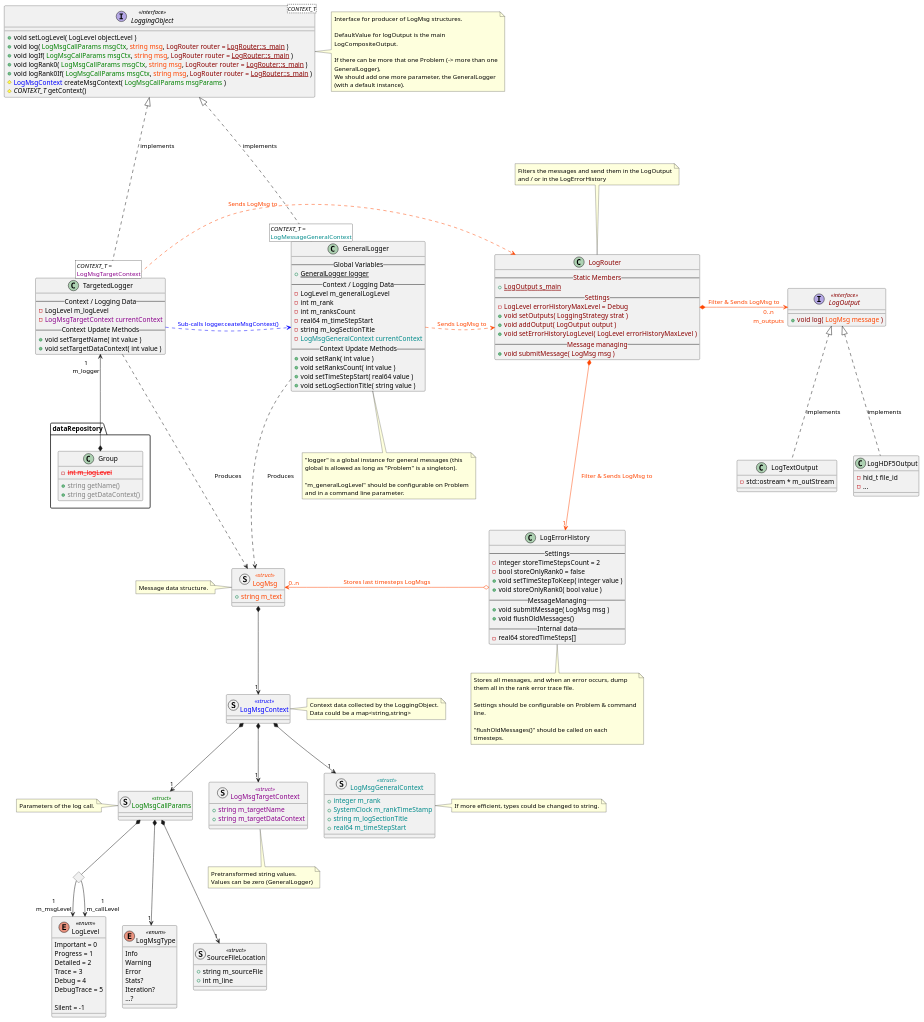
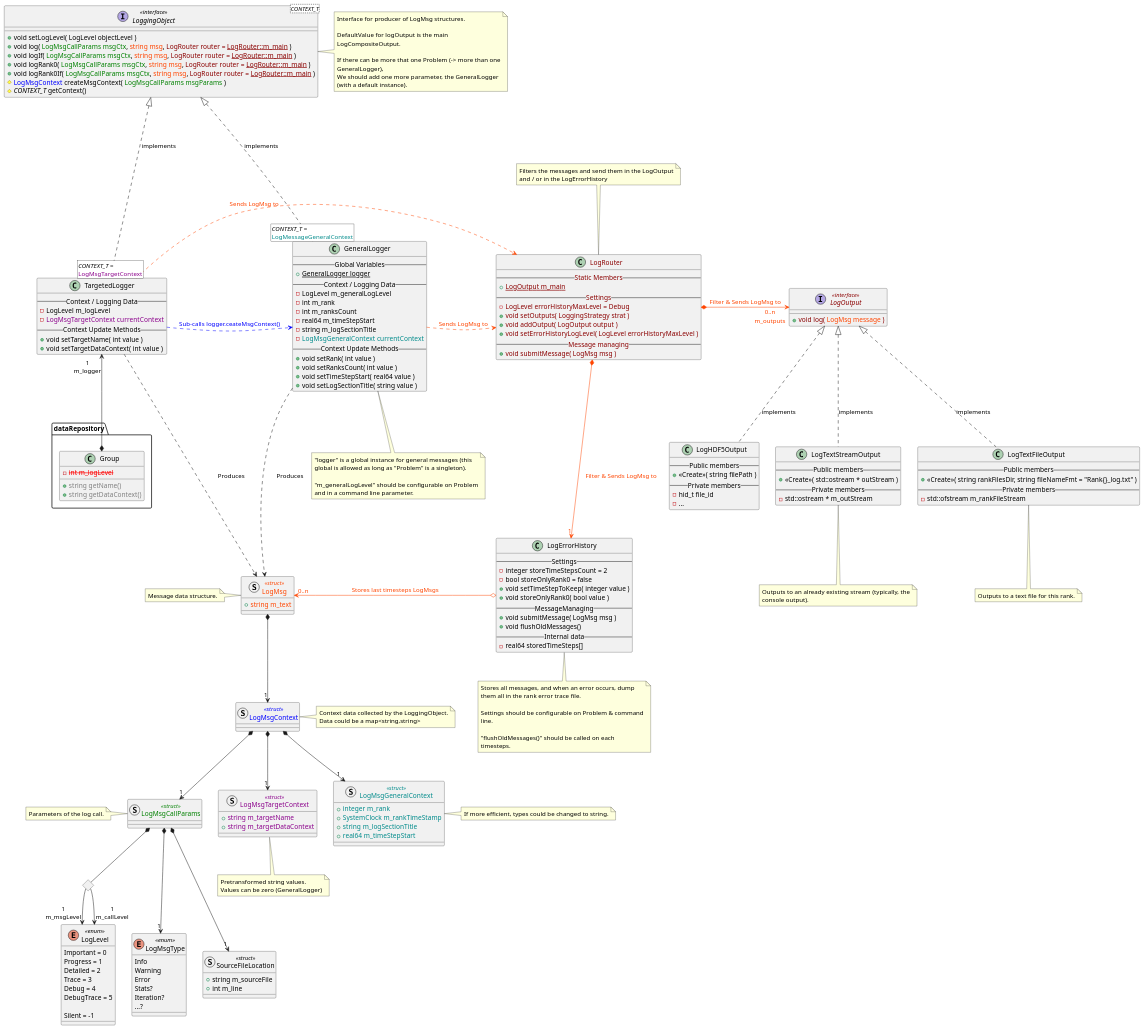
One commit to GEOS-DEV/GEOS changed the diagram in src/coreComponents/common/Logger_templatedLoggingObject.plantuml. Above: the diagram before and after it, drawn with PlantUML.

Commit message:
architecture adjustments

```diff
--- a/src/coreComponents/common/Logger_templatedLoggingObject.plantuml
+++ b/src/coreComponents/common/Logger_templatedLoggingObject.plantuml
@@ -92,16 +92,32 @@
   + void log( <color:OrangeRed>LogMsg message</color> )
 }
 
+class LogTextStreamOutput {
+  -- Public members --
+  + <<Create>>( std::ostream * outStream )
+  -- Private members --
+  - std::ostream * m_outStream
+}
+LogOutput <|.d. LogTextStreamOutput  : implements
+note bottom: Outputs to an already existing stream (typically, the console output).
+
+class LogTextFileOutput {
+  -- Public members --
+  + <<Create>>( string rankFilesDir, string fileNameFmt = "Rank{}_log.txt" )
+  -- Private members --
+  - std::ofstream m_rankFileStream
+}
+LogOutput <|.d. LogTextFileOutput  : implements
+note bottom: Outputs to a text file for this rank.
+
 class LogHDF5Output {
+  -- Public members --
+  + <<Create>>( string filePath )
+  -- Private members --
   - hid_t file_id
   - ...
 }
 LogOutput <|.d. LogHDF5Output  : implements
-
-class LogTextOutput {
-  - std::ostream * m_outStream
-}
-LogOutput <|.d. LogTextOutput  : implements
 
 
 class LogErrorHistory {
@@ -129,7 +145,7 @@
 
 class LogRouter #text:DarkRed {
   -- Static Members --
-  + {static} LogOutput s_main
+  + {static} LogOutput m_main
   -- Settings --
   - LogLevel errorHistoryMaxLevel = Debug
   + void setOutputs( LoggingStrategy strat )
@@ -150,10 +166,10 @@
 
 interface LoggingObject<CONTEXT_T> <<interface>> {
   + void setLogLevel( LogLevel objectLevel )
-  + void log( <color:Green>LogMsgCallParams msgCtx</color>, <color:OrangeRed>string msg</color>, <color:DarkRed>LogRouter router = <u>LogRouter::s_main</u></color> )
-  + void logIf( <color:Green>LogMsgCallParams msgCtx</color>, <color:OrangeRed>string msg</color>, <color:DarkRed>LogRouter router = <u>LogRouter::s_main</u></color> )
-  + void logRank0( <color:Green>LogMsgCallParams msgCtx</color>, <color:OrangeRed>string msg</color>, <color:DarkRed>LogRouter router = <u>LogRouter::s_main</u></color> )
-  + void logRank0If( <color:Green>LogMsgCallParams msgCtx</color>, <color:OrangeRed>string msg</color>, <color:DarkRed>LogRouter router = <u>LogRouter::s_main</u></color> )
+  + void log( <color:Green>LogMsgCallParams msgCtx</color>, <color:OrangeRed>string msg</color>, <color:DarkRed>LogRouter router = <u>LogRouter::m_main</u></color> )
+  + void logIf( <color:Green>LogMsgCallParams msgCtx</color>, <color:OrangeRed>string msg</color>, <color:DarkRed>LogRouter router = <u>LogRouter::m_main</u></color> )
+  + void logRank0( <color:Green>LogMsgCallParams msgCtx</color>, <color:OrangeRed>string msg</color>, <color:DarkRed>LogRouter router = <u>LogRouter::m_main</u></color> )
+  + void logRank0If( <color:Green>LogMsgCallParams msgCtx</color>, <color:OrangeRed>string msg</color>, <color:DarkRed>LogRouter router = <u>LogRouter::m_main</u></color> )
   # <color:Blue>LogMsgContext</color> createMsgContext( <color:Green>LogMsgCallParams msgParams</color> )
   # <i>CONTEXT_T</i> getContext()
 }
```
